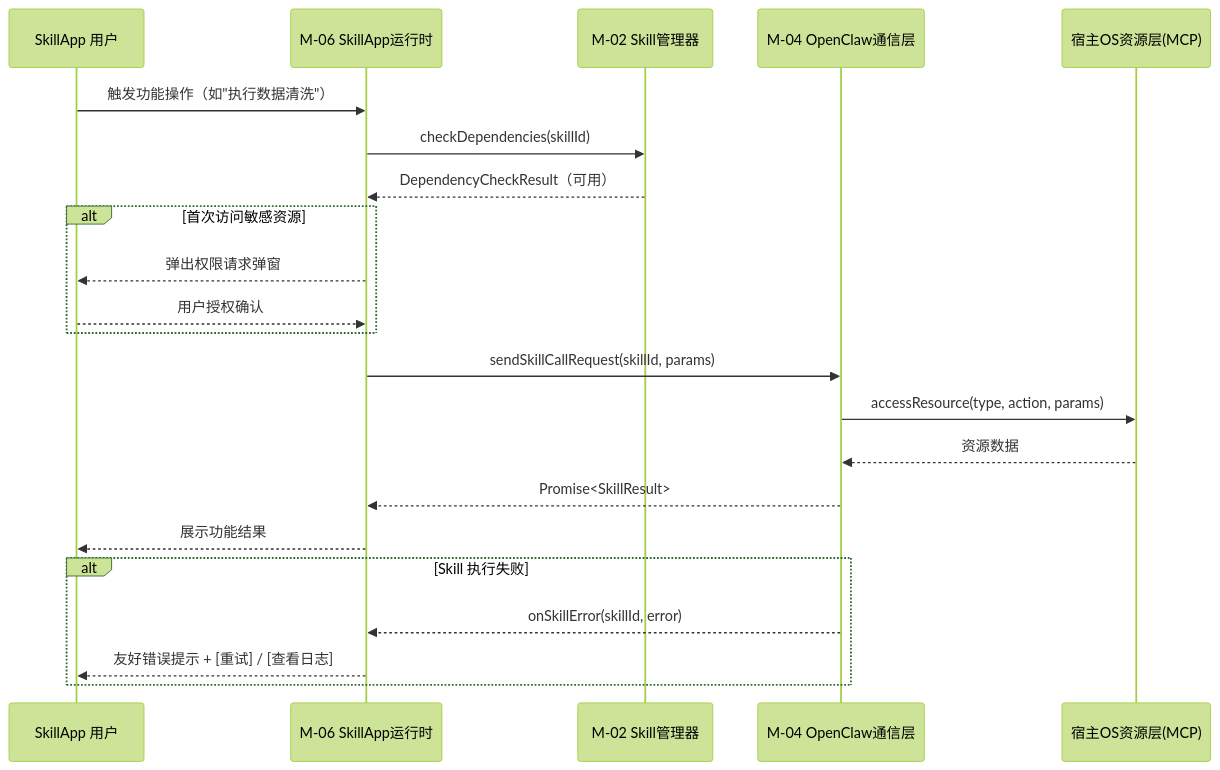
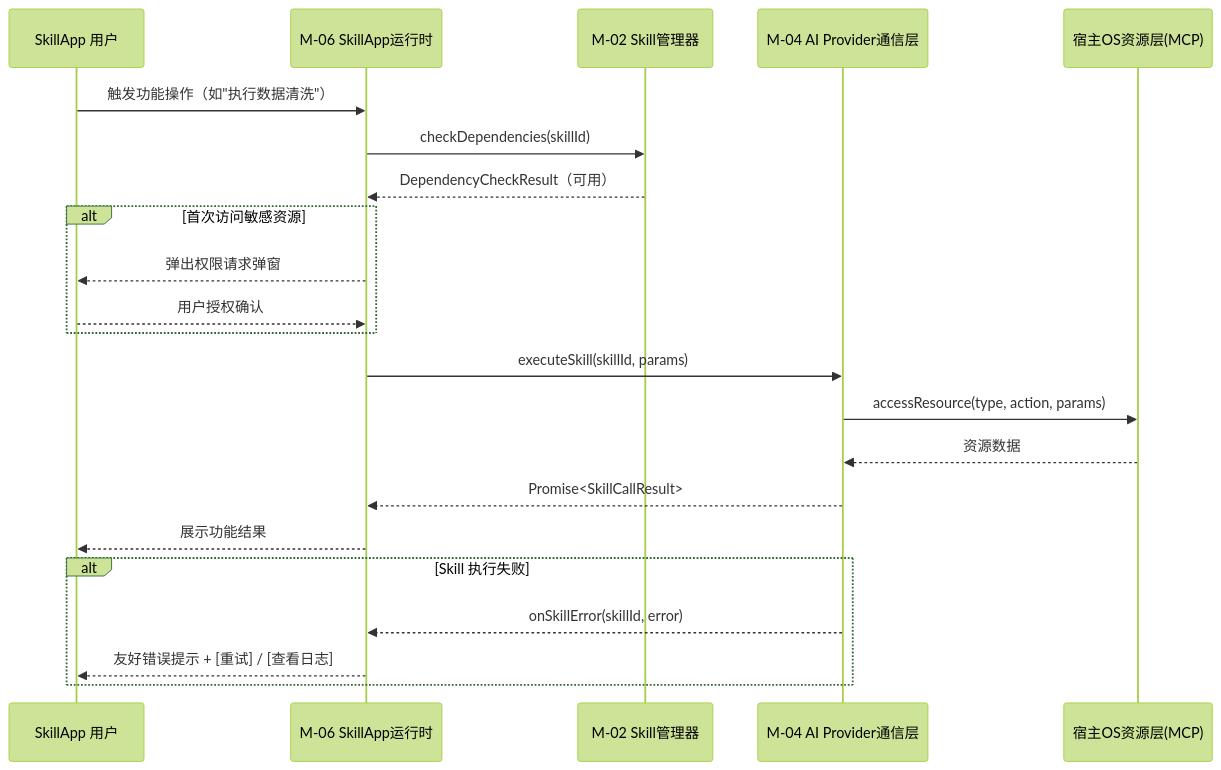
The third of 3 diagrams in docs/modules.md (digimads-lab/intent-os), drawn with Mermaid (forest theme) before and after one commit. The commit also changed other lines of this file, not shown here.

````diff
--- a/docs/modules.md
+++ b/docs/modules.md
@@ -403,28 +408,28 @@
 ```mermaid
 sequenceDiagram
     participant U as SkillApp 用户
     participant M06 as M-06 SkillApp运行时
     participant M02 as M-02 Skill管理器
-    participant M04 as M-04 OpenClaw通信层
+    participant M04 as M-04 AI Provider通信层
     participant MCP as 宿主OS资源层(MCP)
 
     U->>M06: 触发功能操作（如"执行数据清洗"）
     M06->>M02: checkDependencies(skillId)
     M02-->>M06: DependencyCheckResult（可用）
 
     alt 首次访问敏感资源
         M06-->>U: 弹出权限请求弹窗
         U-->>M06: 用户授权确认
     end
 
-    M06->>M04: sendSkillCallRequest(skillId, params)
+    M06->>M04: executeSkill(skillId, params)
     M04->>MCP: accessResource(type, action, params)
     MCP-->>M04: 资源数据
-    M04-->>M06: Promise<SkillResult>
+    M04-->>M06: Promise<SkillCallResult>
     M06-->>U: 展示功能结果
 
     alt Skill 执行失败
         M04-->>M06: onSkillError(skillId, error)
         M06-->>U: 友好错误提示 + [重试] / [查看日志]
     end
 ```
````
